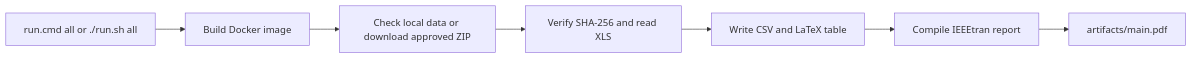
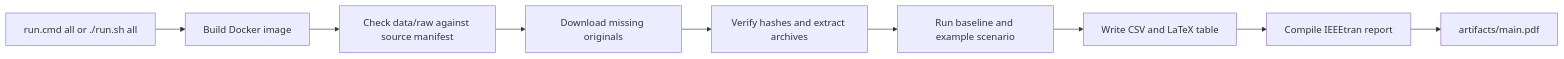
The diagram in README.md (brenobeirigo/warehouse-project-template), drawn with Mermaid before and after one commit. The commit also changed other lines of this file and 4 other files, not shown here.

Commit message:
Expand course data loader and report scaffold

````diff
--- a/README.md
+++ b/README.md
@@ -35,9 +38,11 @@
 ```mermaid
 flowchart LR
     A[run.cmd all or ./run.sh all] --> B[Build Docker image]
-    B --> C[Check local data or download approved ZIP]
-    C --> D[Verify SHA-256 and read XLS]
-    D --> E[Write CSV and LaTeX table]
-    E --> F[Compile IEEEtran report]
-    F --> G[artifacts/main.pdf]
+    B --> C[Check data/raw against source manifest]
+    C --> D[Download missing originals]
+    D --> E[Verify hashes and extract archives]
+    E --> F[Run baseline and example scenario]
+    F --> G[Write CSV and LaTeX table]
+    G --> H[Compile IEEEtran report]
+    H --> I[artifacts/main.pdf]
 ```
````
